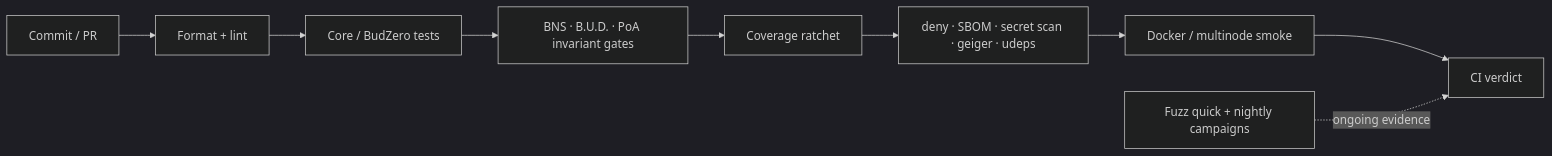
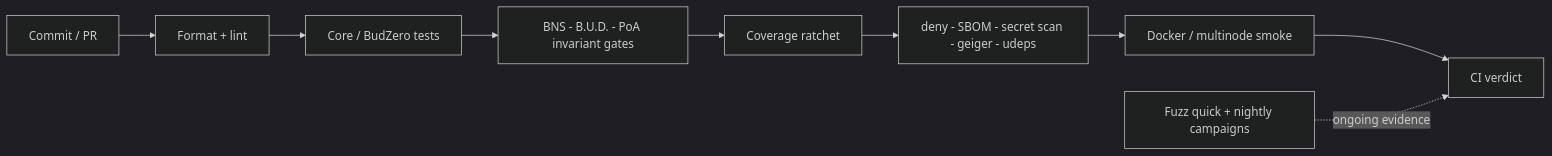
Before and after one commit to budlum-xyz/budlum: diagram 12 of 51 in docs/ARCHITECTURE.md, drawn with Mermaid (dark theme). The commit also changed other lines of this file, not shown here.

````diff
--- a/docs/ARCHITECTURE.md
+++ b/docs/ARCHITECTURE.md
@@ -170,11 +170,11 @@
 ```mermaid
 flowchart LR
   Push[Commit / PR] --> Fmt["Format + lint"]
   Fmt --> Core[Core / BudZero tests]
-  Core --> Invariants[BNS · B.U.D. · PoA invariant gates]
+  Core --> Invariants[BNS - B.U.D. - PoA invariant gates]
   Invariants --> Coverage[Coverage ratchet]
-  Coverage --> Supply[deny · SBOM · secret scan · geiger · udeps]
+  Coverage --> Supply[deny - SBOM - secret scan - geiger - udeps]
   Supply --> Smoke[Docker / multinode smoke]
   Smoke --> CI[CI verdict]
   Fuzz["Fuzz quick + nightly campaigns"] -. ongoing evidence .-> CI
 ```
````
